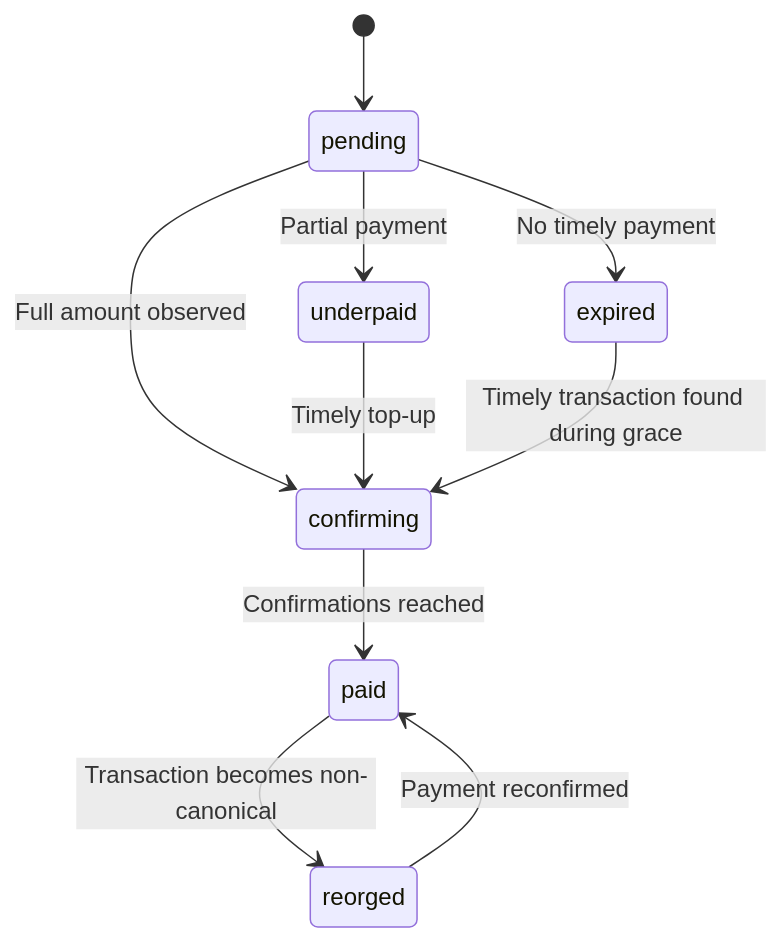
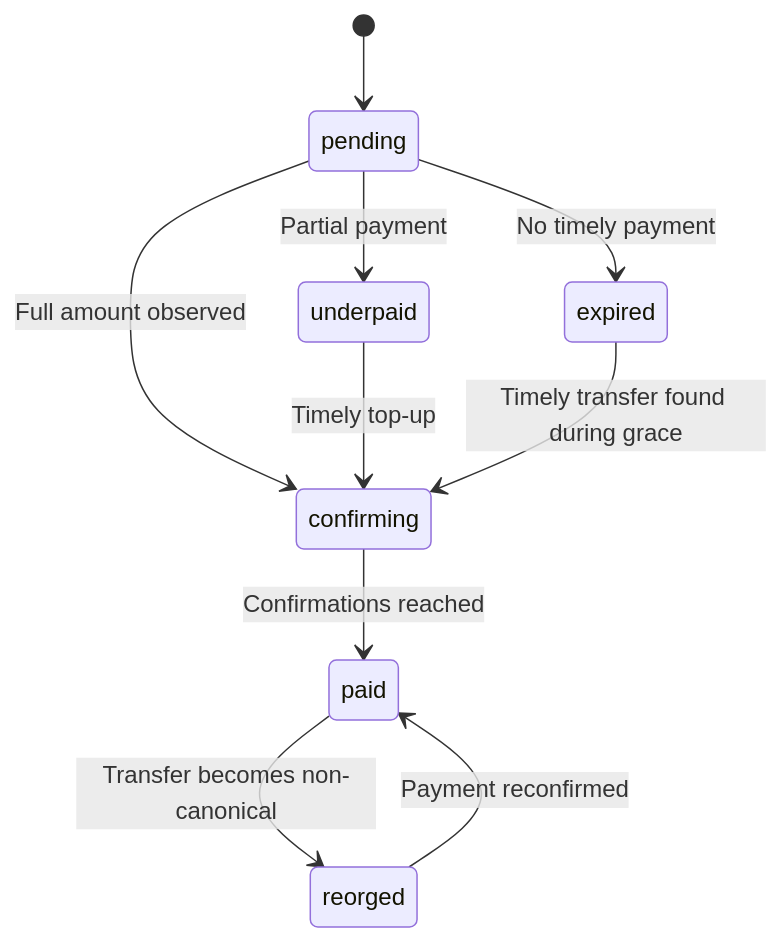
One commit to ifokeev/evm-payment-gateway changed the second of 2 diagrams in README.md. Above: the diagram before and after it, drawn with Mermaid. The commit also changed other lines of this file and 44 other files, not shown here.

````diff
--- a/README.md
+++ b/README.md
@@ -95,12 +107,12 @@
 ```mermaid
 stateDiagram-v2
     [*] --> pending
     pending --> underpaid: Partial payment
     pending --> confirming: Full amount observed
     underpaid --> confirming: Timely top-up
     pending --> expired: No timely payment
-    expired --> confirming: Timely transaction found during grace
+    expired --> confirming: Timely transfer found during grace
     confirming --> paid: Confirmations reached
-    paid --> reorged: Transaction becomes non-canonical
+    paid --> reorged: Transfer becomes non-canonical
     reorged --> paid: Payment reconfirmed
 ```
````
